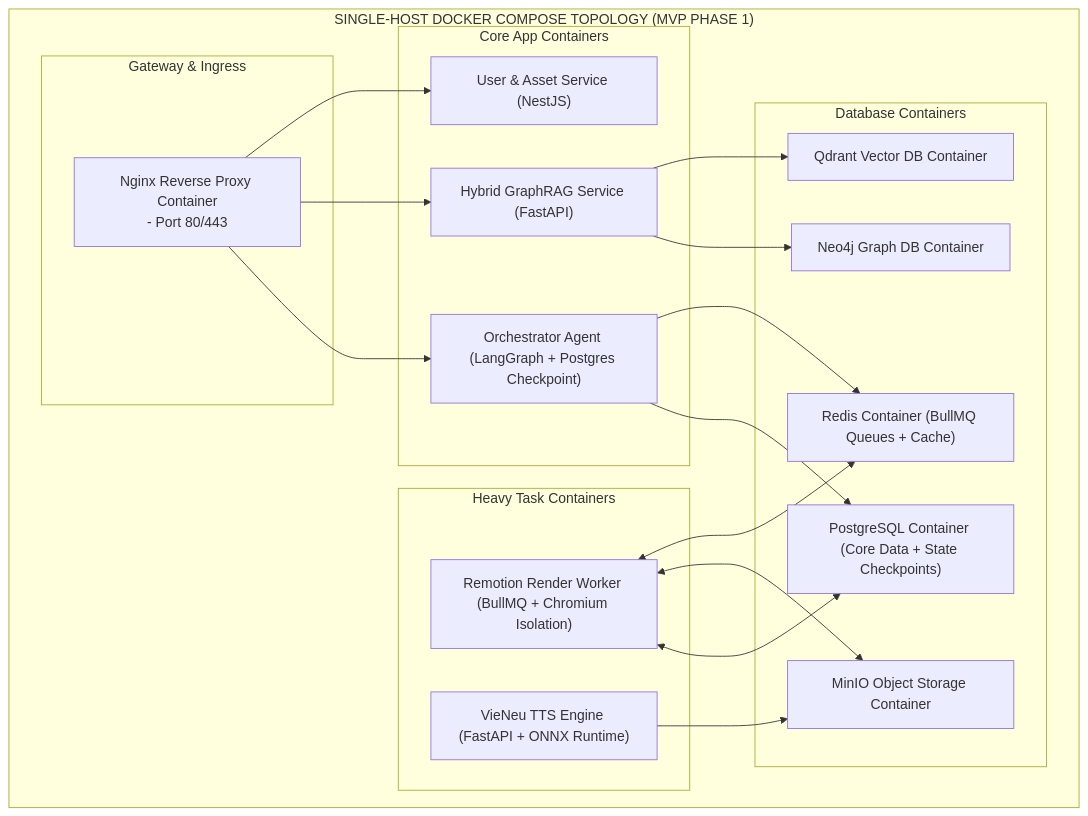
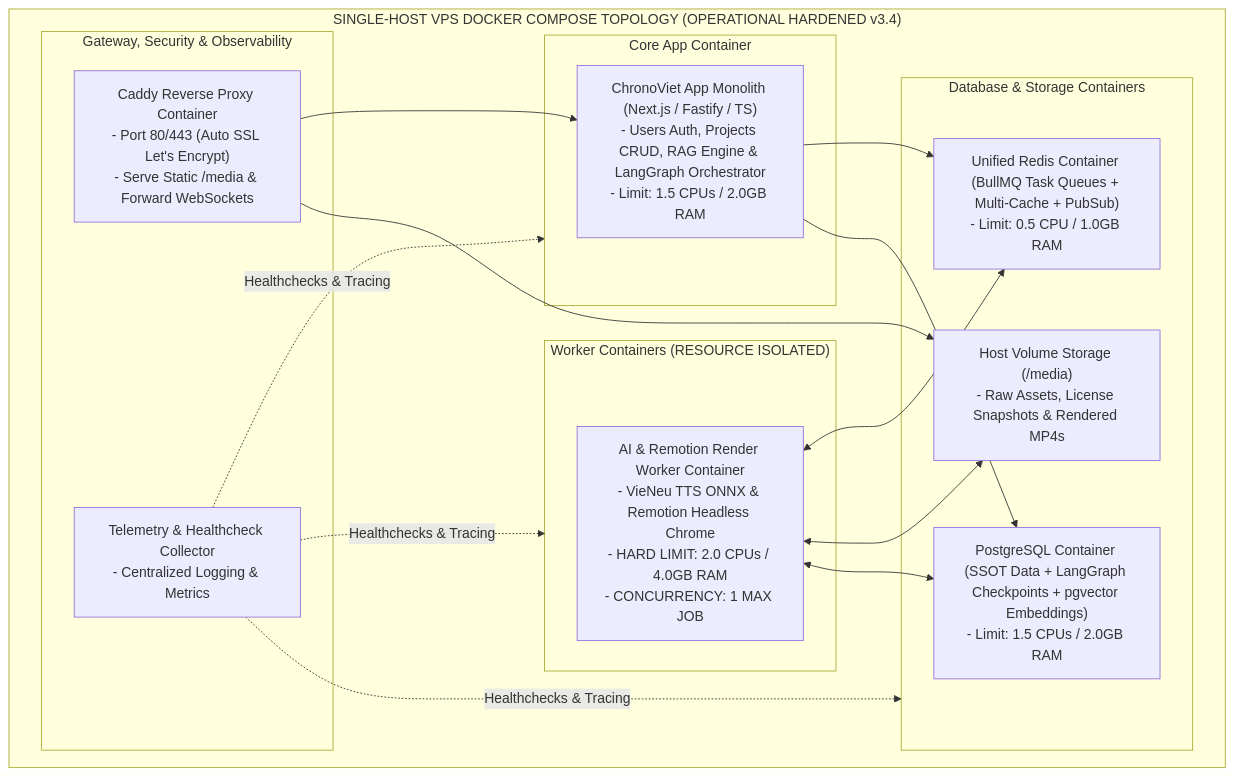
The sixth of 6 diagrams in docs/architecture/CHRONOVIET_ARCHITECTURE_DIAGRAMS.md (TCTri205/ChronoViet), drawn with Mermaid before and after one commit. The commit also changed other lines of this file and 751 other files, not shown here.

````diff
--- a/docs/architecture/CHRONOVIET_ARCHITECTURE_DIAGRAMS.md
+++ b/docs/architecture/CHRONOVIET_ARCHITECTURE_DIAGRAMS.md
@@ -251,34 +276,30 @@
 ```mermaid
 flowchart TB
-    subgraph SingleHostDev["SINGLE-HOST DOCKER COMPOSE TOPOLOGY (MVP PHASE 1)"]
+    subgraph SingleHostDev["SINGLE-HOST VPS DOCKER COMPOSE TOPOLOGY (OPERATIONAL HARDENED v3.4)"]
         
-        subgraph GatewayContainer["Gateway & Ingress"]
-            NginxCont["Nginx Reverse Proxy Container\n- Port 80/443"]
+        subgraph GatewayContainer["Gateway, Security & Observability"]
+            CaddyCont["Caddy Reverse Proxy Container\n- Port 80/443 (Auto SSL Let's Encrypt)\n- Serve Static /media & Forward WebSockets"]
+            TelemetryCont["Telemetry & Healthcheck Collector\n- Centralized Logging & Metrics"]
         end
 
-        subgraph CoreServicesGroup["Core App Containers"]
-            UserCont["User & Asset Service (NestJS)"]
-            RAGCont["Hybrid GraphRAG Service (FastAPI)"]
-            OrchCont["Orchestrator Agent (LangGraph + Postgres Checkpoint)"]
+        subgraph CoreServicesGroup["Core App Container"]
+            AppCont["ChronoViet App Monolith (Next.js / Fastify / TS)\n- Users Auth, Projects CRUD, RAG Engine & LangGraph Orchestrator\n- Limit: 1.5 CPUs / 2.0GB RAM"]
         end
 
-        subgraph WorkerGroup["Heavy Task Containers"]
-            VieNeuCont["VieNeu TTS Engine (FastAPI + ONNX Runtime)"]
-            RenderCont["Remotion Render Worker (BullMQ + Chromium Isolation)"]
+        subgraph WorkerGroup["Worker Containers (RESOURCE ISOLATED)"]
+            WorkerCont["AI & Remotion Render Worker Container\n- VieNeu TTS ONNX & Remotion Headless Chrome\n- HARD LIMIT: 2.0 CPUs / 4.0GB RAM\n- CONCURRENCY: 1 MAX JOB"]
         end
 
-        subgraph StorageContainers["Database Containers"]
-            PGCont["PostgreSQL Container (Core Data + State Checkpoints)"]
-            QdrantCont["Qdrant Vector DB Container"]
-            Neo4jCont["Neo4j Graph DB Container"]
-            RedisCont["Redis Container (BullMQ Queues + Cache)"]
-            MinIOCont["MinIO Object Storage Container"]
+        subgraph StorageContainers["Database & Storage Containers"]
+            PGCont["PostgreSQL Container (SSOT Data + LangGraph Checkpoints + pgvector Embeddings)\n- Limit: 1.5 CPUs / 2.0GB RAM"]
+            RedisCont["Unified Redis Container (BullMQ Task Queues + Multi-Cache + PubSub)\n- Limit: 0.5 CPU / 1.0GB RAM"]
+            VolumeCont["Host Volume Storage (/media)\n- Raw Assets, License Snapshots & Rendered MP4s"]
         end
     end
 
-    NginxCont --> UserCont & RAGCont & OrchCont
-    OrchCont --> RedisCont & PGCont
-    RAGCont --> QdrantCont & Neo4jCont
-    RenderCont <--> RedisCont & MinIOCont & PGCont
-    VieNeuCont --> MinIOCont
+    CaddyCont --> AppCont & VolumeCont
+    TelemetryCont -. Healthchecks & Tracing .-> CoreServicesGroup & WorkerGroup & StorageContainers
+
+    AppCont --> RedisCont & PGCont
+    WorkerCont <--> RedisCont & VolumeCont & PGCont
 ```
````
